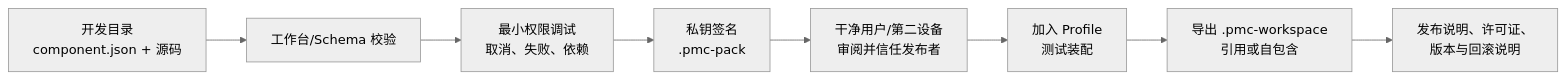
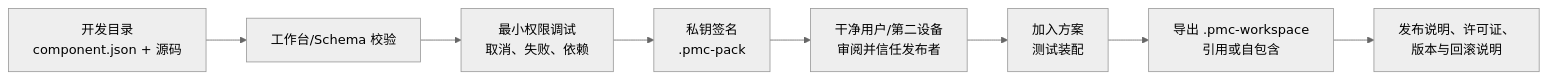
Before and after one commit to noorllpori/PM_center: the diagram in docs/extension-development/WORKSPACE_AUTHORING.md, drawn with Mermaid (neutral theme). The commit also changed other lines of this file and 52 other files, not shown here.

````diff
--- a/docs/extension-development/WORKSPACE_AUTHORING.md
+++ b/docs/extension-development/WORKSPACE_AUTHORING.md
@@ -57,10 +59,10 @@
 ```mermaid
 flowchart LR
   D[开发目录\ncomponent.json + 源码] --> V[工作台/Schema 校验]
   V --> T[最小权限调试\n取消、失败、依赖]
   T --> S[私钥签名\n.pmc-pack]
   S --> C[干净用户/第二设备\n审阅并信任发布者]
-  C --> A[加入 Profile\n测试装配]
+  C --> A[加入方案\n测试装配]
   A --> W[导出 .pmc-workspace\n引用或自包含]
   W --> R[发布说明、许可证、\n版本与回滚说明]
 ```
````
